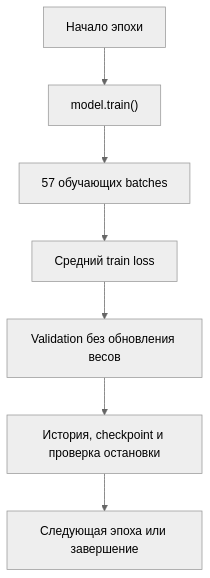
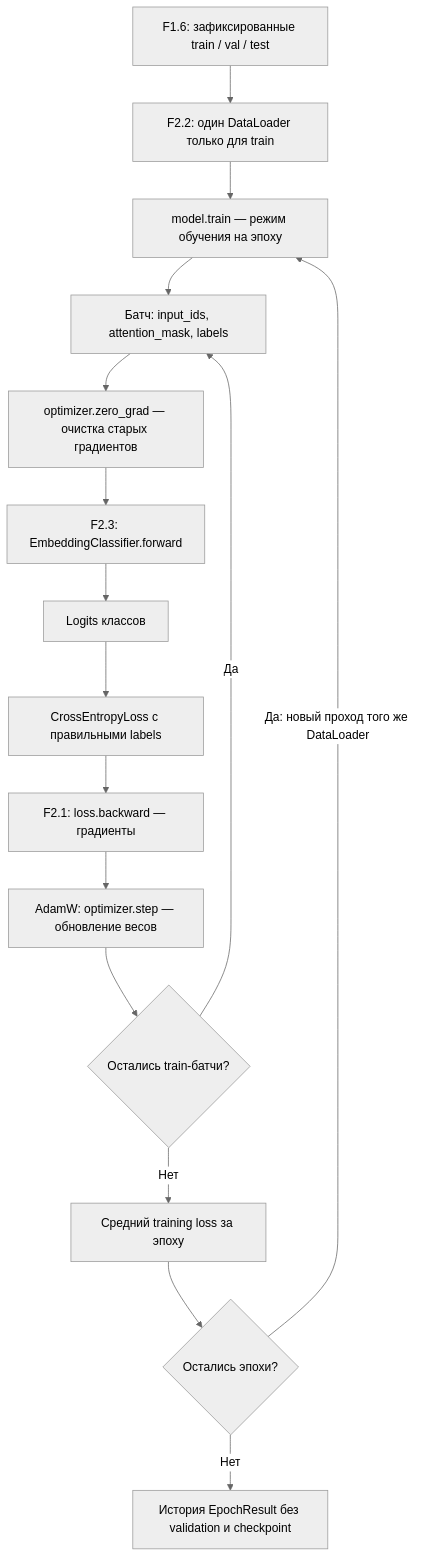
One commit to trasher88/ml-engineering-lab changed the diagram in docs/steps/F2_04_training_loop.md. Above: the diagram before and after it, drawn with Mermaid (neutral theme). The commit also changed other lines of this file and 7 other files, not shown here.

````diff
--- a/docs/steps/F2_04_training_loop.md
+++ b/docs/steps/F2_04_training_loop.md
@@ -146,9 +231,18 @@
 ```mermaid
 flowchart TD
-    A["Начало эпохи"] --> B["model.train()"]
-    B --> C["57 обучающих batches"]
-    C --> D["Средний train loss"]
-    D --> E["Validation без обновления весов"]
-    E --> F["История, checkpoint и проверка остановки"]
-    F --> G["Следующая эпоха или завершение"]
+    A["F1.6: зафиксированные train / val / test"] --> B["F2.2: один DataLoader только для train"]
+    B --> T["model.train — режим обучения на эпоху"]
+    T --> C["Батч: input_ids, attention_mask, labels"]
+    C --> Z["optimizer.zero_grad — очистка старых градиентов"]
+    Z --> D["F2.3: EmbeddingClassifier.forward"]
+    D --> E["Logits классов"]
+    E --> F["CrossEntropyLoss с правильными labels"]
+    F --> G["F2.1: loss.backward — градиенты"]
+    G --> H["AdamW: optimizer.step — обновление весов"]
+    H --> I{"Остались train-батчи?"}
+    I -->|Да| C
+    I -->|Нет| J["Средний training loss за эпоху"]
+    J --> K{"Остались эпохи?"}
+    K -->|Да: новый проход того же DataLoader| T
+    K -->|Нет| L["История EpochResult без validation и checkpoint"]
 ```
````
